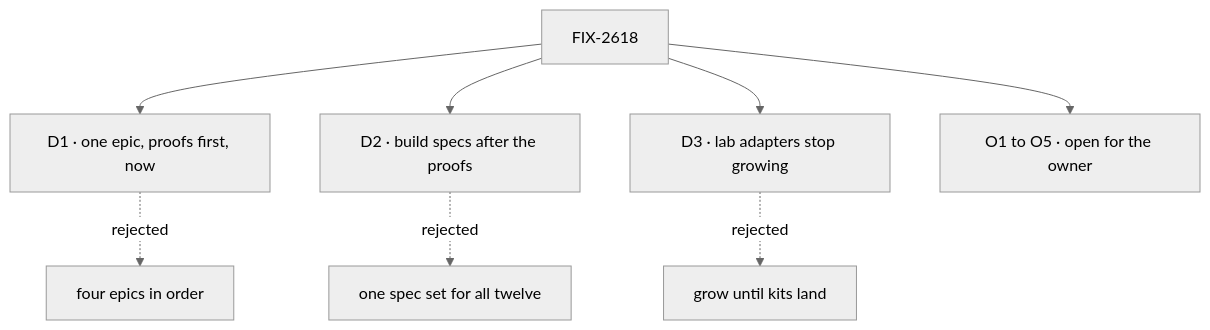
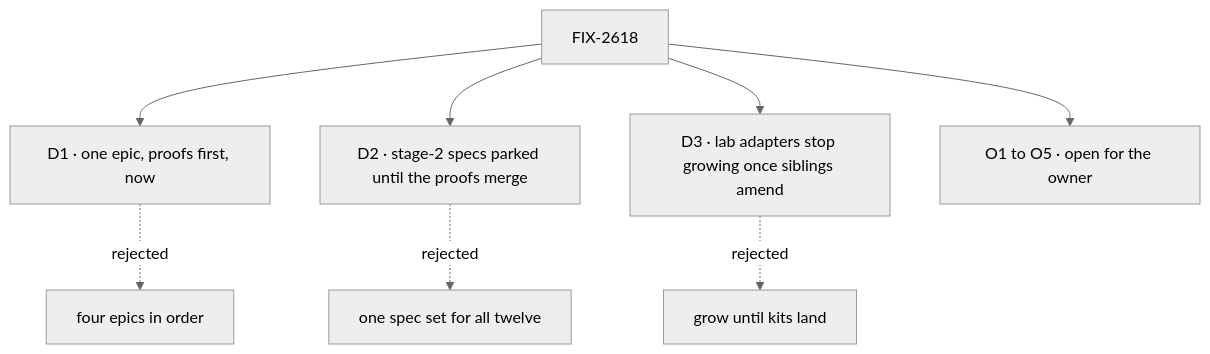
The diagram in specs/epics/FIX-2618/DECISIONS.md (fixpoint-labs/flow-state-dev), drawn with Mermaid (neutral theme) before and after one commit. The commit also changed other lines of this file and 12 other files, not shown here.

First line of the commit message:
spec(FIX-2618): fold review round 1 (stage-2 gate, ER-8 release, collapse owner, kit halves, O3 two paths)

````diff
--- a/specs/epics/FIX-2618/DECISIONS.md
+++ b/specs/epics/FIX-2618/DECISIONS.md
@@ -12,10 +12,10 @@
 ```mermaid
 flowchart TD
   E["FIX-2618"] --> D1["D1 · one epic, proofs first, now"]
   D1 -.->|"rejected"| X1["four epics in order"]
-  E --> D2["D2 · build specs after the proofs"]
+  E --> D2["D2 · stage-2 specs parked until the proofs merge"]
   D2 -.->|"rejected"| X2["one spec set for all twelve"]
-  E --> D3["D3 · lab adapters stop growing"]
+  E --> D3["D3 · lab adapters stop growing once siblings amend"]
   D3 -.->|"rejected"| X3["grow until kits land"]
   E --> O["O1 to O5 · open for the owner"]
 ```
````
